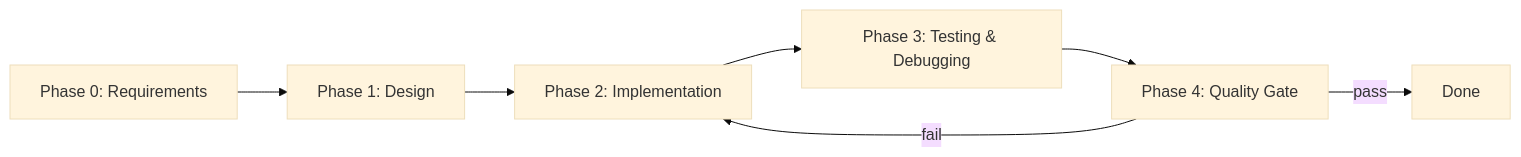
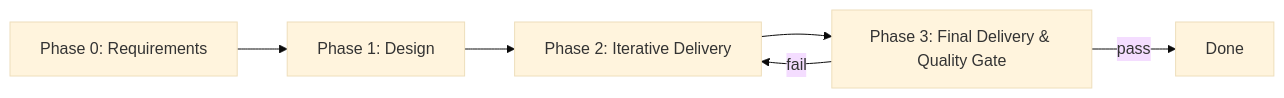
One commit to icoding2016/ocateam changed the second of 2 diagrams in doc/design.md. Above: the diagram before and after it, drawn with Mermaid (base theme). The commit also changed other lines of this file and 17 other files, not shown here.

````diff
--- a/doc/design.md
+++ b/doc/design.md
@@ -220,9 +220,8 @@
 ```mermaid
 graph LR
     A["Phase 0: Requirements"] --> B["Phase 1: Design"]
-    B --> C["Phase 2: Implementation"]
-    C --> D["Phase 3: Testing & Debugging"]
-    D --> E["Phase 4: Quality Gate"]
-    E -->|"pass"| F["Done"]
-    E -->|"fail"| C
+    B --> C["Phase 2: Iterative Delivery"]
+    C --> D["Phase 3: Final Delivery & Quality Gate"]
+    D -->|"pass"| F["Done"]
+    D -->|"fail"| C
 ```
````
